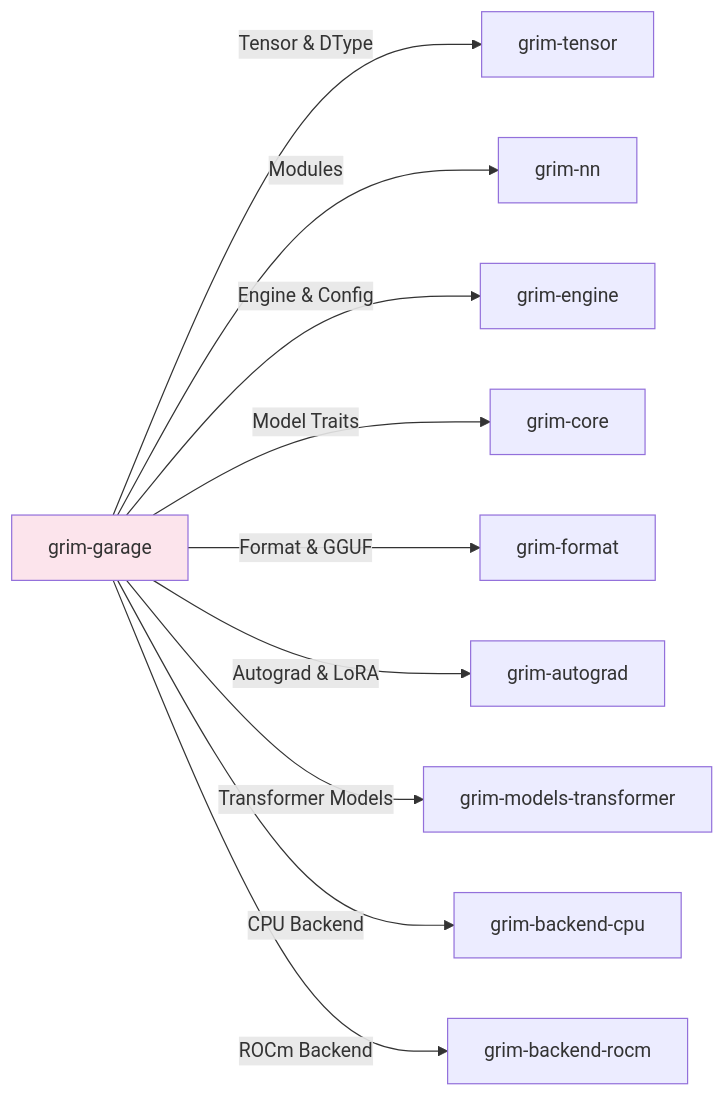
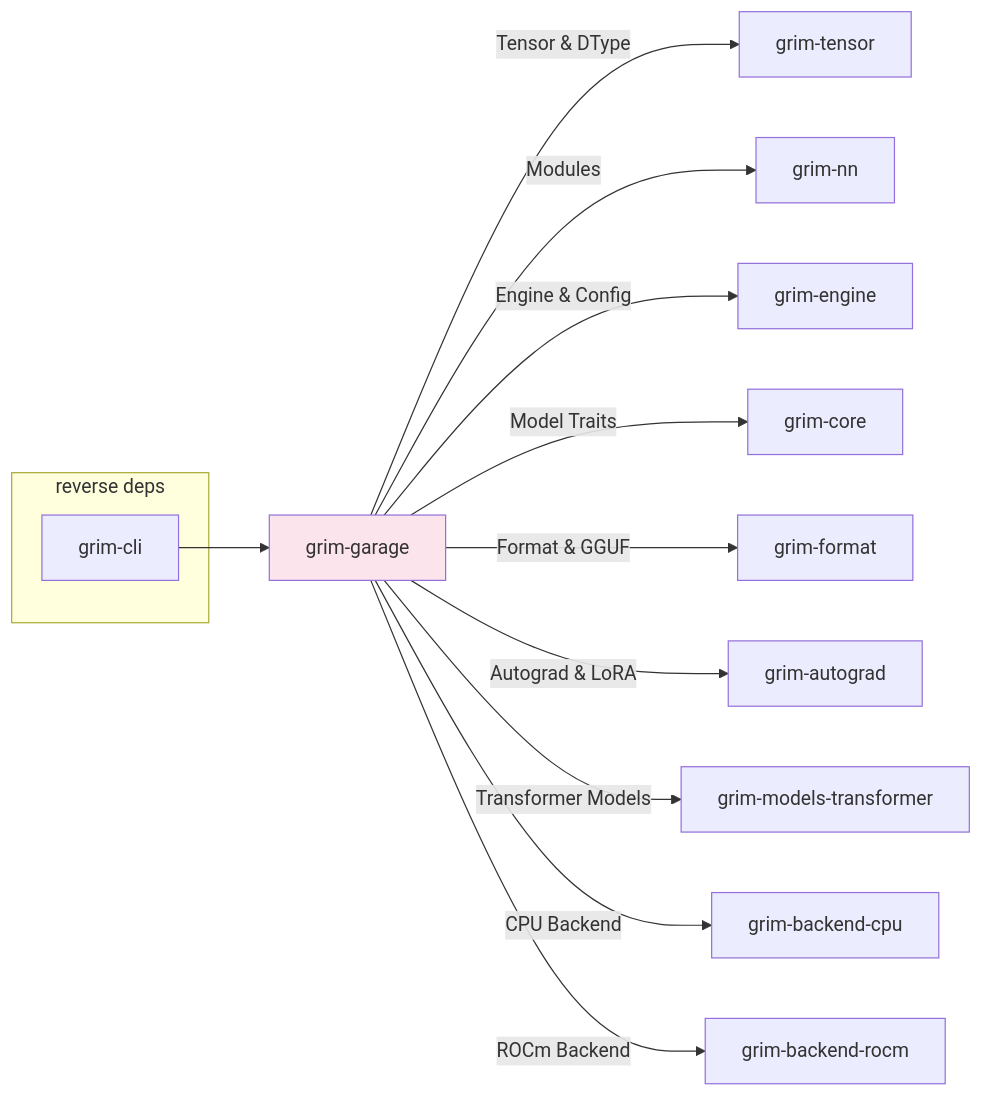
One commit to sydonayrex/grim changed the diagram in crates/grim-garage/README.md. Above: the diagram before and after it, drawn with Mermaid. The commit also changed other lines of this file and 55 other files, not shown here.

````diff
--- a/crates/grim-garage/README.md
+++ b/crates/grim-garage/README.md
@@ -29,14 +30,20 @@
 ```mermaid
 graph LR
     A[grim-garage] -->|Tensor & DType| B[grim-tensor]
     A -->|Modules| C[grim-nn]
     A -->|Engine & Config| D[grim-engine]
     A -->|Model Traits| E[grim-core]
     A -->|Format & GGUF| F[grim-format]
     A -->|Autograd & LoRA| G[grim-autograd]
     A -->|Transformer Models| H[grim-models-transformer]
     A -->|CPU Backend| I[grim-backend-cpu]
     A -->|ROCm Backend| J[grim-backend-rocm]
 
+    subgraph "reverse deps"
+        K1[grim-cli]
+    end
+
+    K1 --> A
+
     style A fill:#fce4ec
 ```
````
